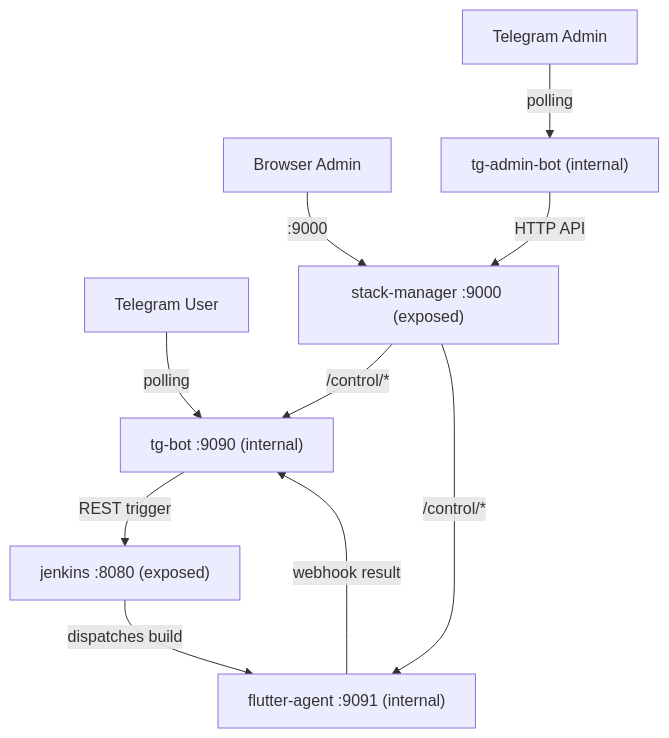
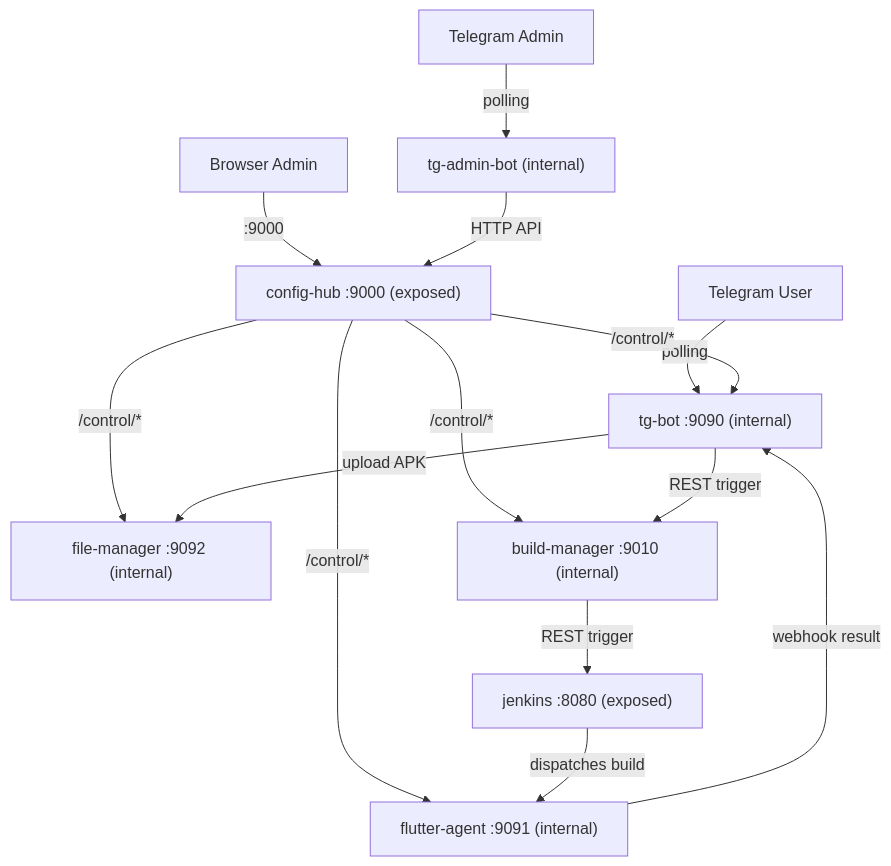
One commit to VinhNgT/jenkins-flutter-bot changed the diagram in .agents/rules/general-guide.md. Above: the diagram before and after it, drawn with Mermaid. The commit also changed other lines of this file and 12 other files, not shown here.

````diff
--- a/.agents/rules/general-guide.md
+++ b/.agents/rules/general-guide.md
@@ -58,14 +61,18 @@
 ```mermaid
 graph TD
     TU["Telegram User"] -- polling --> BOT["tg-bot :9090 (internal)"]
-    BA["Browser Admin"] -- ":9000" --> SM["stack-manager :9000 (exposed)"]
+    BA["Browser Admin"] -- ":9000" --> CH["config-hub :9000 (exposed)"]
     TA["Telegram Admin"] -- polling --> TAB["tg-admin-bot (internal)"]
 
-    SM -- "/control/*" --> BOT
-    SM -- "/control/*" --> AGT["flutter-agent :9091 (internal)"]
-    TAB -- "HTTP API" --> SM
+    CH -- "/control/*" --> BOT
+    CH -- "/control/*" --> AGT["flutter-agent :9091 (internal)"]
+    CH -- "/control/*" --> FM["file-manager :9092 (internal)"]
+    CH -- "/control/*" --> BM["build-manager :9010 (internal)"]
+    TAB -- "HTTP API" --> CH
 
-    BOT -- "REST trigger" --> JNK["jenkins :8080 (exposed)"]
+    BOT -- "REST trigger" --> BM
+    BM -- "REST trigger" --> JNK["jenkins :8080 (exposed)"]
     JNK -- "dispatches build" --> AGT
     AGT -- "webhook result" --> BOT
+    BOT -- "upload APK" --> FM
 ```
````
